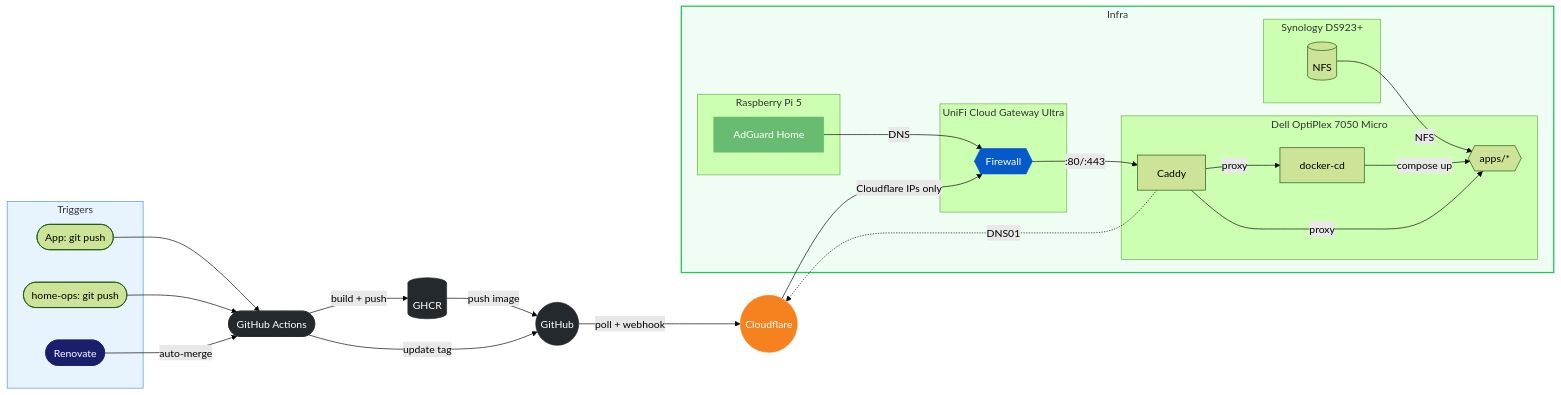
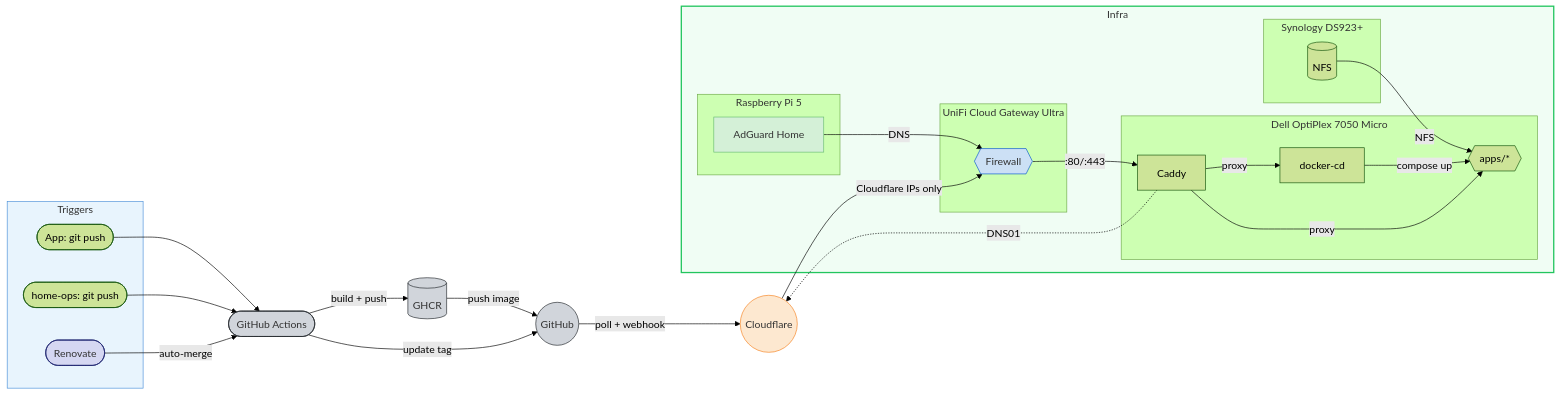
The diagram in README.md (wajeht/home-ops), drawn with Mermaid (forest theme) before and after one commit.

Commit message:
style: improve flowchart colors for better readability

````diff
--- a/README.md
+++ b/README.md
@@ -16,49 +16,49 @@
 ```mermaid
 flowchart LR
     subgraph triggers[Triggers]
         app_push([App: git push])
         ops_push([home-ops: git push])
         renovate([Renovate])
     end
 
     app_push --> ci([GitHub Actions]) -->|build + push| ghcr[(GHCR)]
     ghcr -->|push image| github((GitHub))
     ci -->|update tag| github
     ops_push --> ci
     renovate -->|auto-merge| ci
     github -->|poll + webhook| cf((Cloudflare)) -->|Cloudflare IPs only| unifi -->|:80/:443| caddy -->|proxy| docker_cd
 
     subgraph infra[Infra]
         subgraph dell[Dell OptiPlex 7050 Micro]
             docker_cd[docker-cd] -->|compose up| apps{{apps/*}}
             caddy[Caddy] -->|proxy| apps
         end
 
         subgraph nas[Synology DS923+]
             nfs[(NFS)]
         end
 
         subgraph ucg[UniFi Cloud Gateway Ultra]
             unifi{{Firewall}}
         end
 
         subgraph pi[Raspberry Pi 5]
             adguard[AdGuard Home]
         end
 
         nfs -->|NFS| apps
         adguard -->|DNS| unifi
     end
 
     caddy -.->|DNS01| cf
 
     style triggers fill:#e8f4fd,stroke:#4a90d9
     style infra fill:#f0fdf4,stroke:#22c55e,stroke-width:2px
-    style cf fill:#f6821f,stroke:#f6821f,color:#fff
-    style github fill:#24292e,stroke:#24292e,color:#fff
-    style ghcr fill:#24292e,stroke:#24292e,color:#fff
-    style ci fill:#24292e,stroke:#24292e,color:#fff
-    style renovate fill:#1a1f6c,stroke:#1a1f6c,color:#fff
-    style adguard fill:#68bc71,stroke:#68bc71,color:#fff
-    style unifi fill:#0559c9,stroke:#0559c9,color:#fff
+    style cf fill:#fde8d0,stroke:#f6821f,color:#333
+    style github fill:#d1d5db,stroke:#24292e,color:#333
+    style ghcr fill:#d1d5db,stroke:#24292e,color:#333
+    style ci fill:#d1d5db,stroke:#24292e,color:#333
+    style renovate fill:#d5d7f2,stroke:#1a1f6c,color:#333
+    style adguard fill:#d4f0d7,stroke:#68bc71,color:#333
+    style unifi fill:#cce0f5,stroke:#0559c9,color:#333
 ```
````
